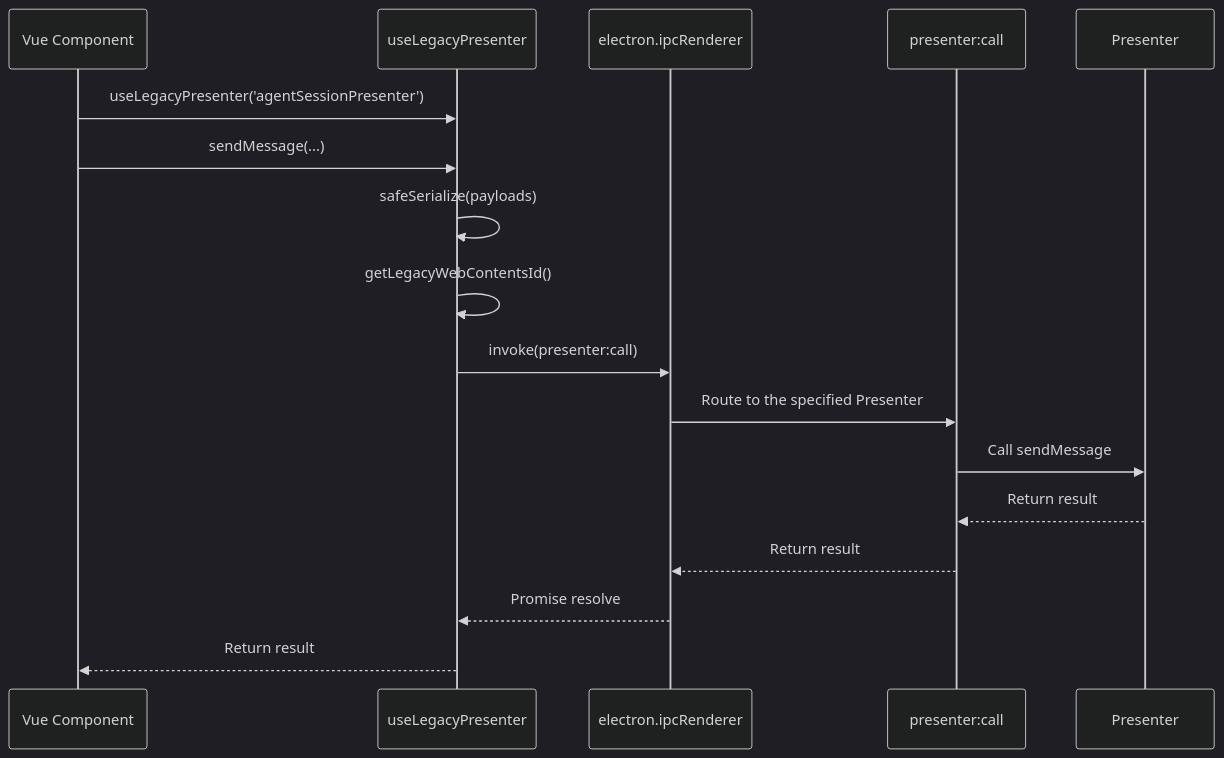
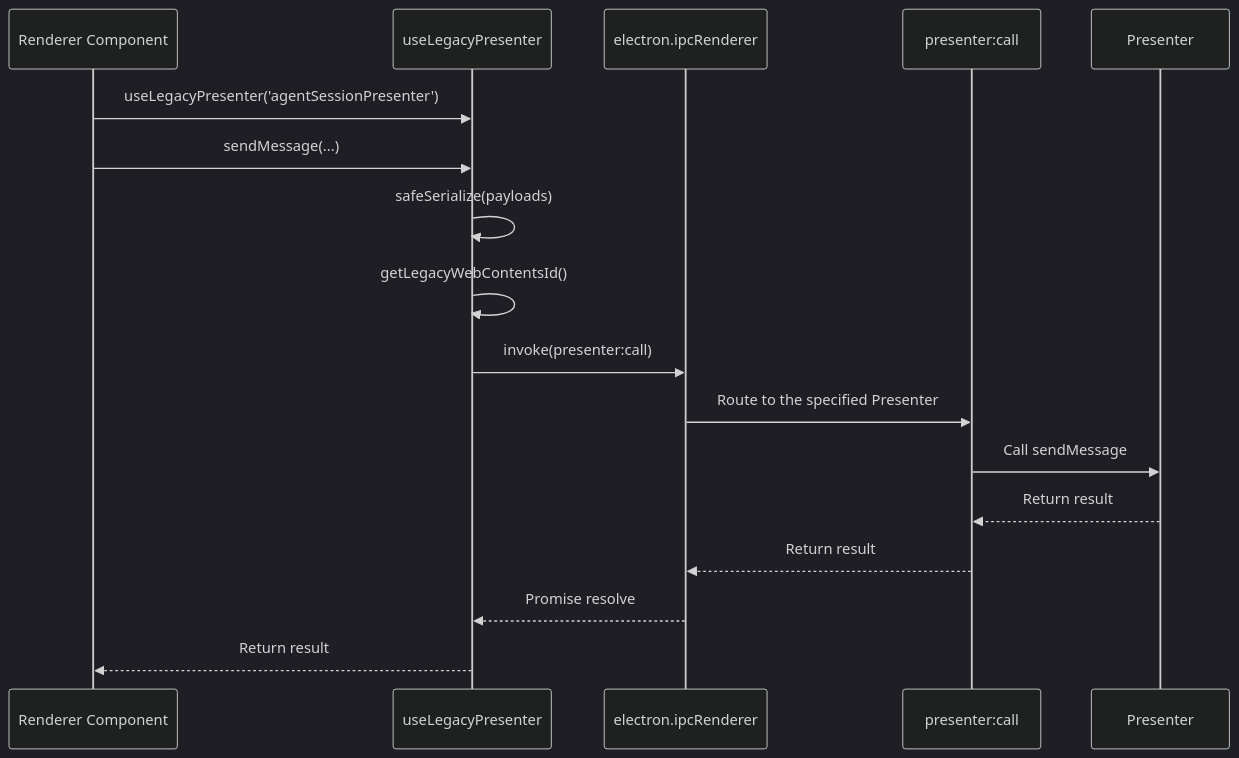
Before and after one commit to dvaJi/argos: the fifth of 5 diagrams in docs/architecture/event-system.md, drawn with Mermaid (dark theme). The commit also changed other lines of this file and 90 other files, not shown here.

````diff
--- a/docs/architecture/event-system.md
+++ b/docs/architecture/event-system.md
@@ -682,20 +682,20 @@
 ```mermaid
 sequenceDiagram
-    participant UI as Vue Component
+    participant UI as Renderer Component
     participant UP as useLegacyPresenter
     participant IPC as electron.ipcRenderer
     participant Router as presenter:call
     participant P as Presenter
 
     UI->>UP: useLegacyPresenter('agentSessionPresenter')
     UI->>UP: sendMessage(...)
     UP->>UP: safeSerialize(payloads)
     UP->>UP: getLegacyWebContentsId()
     UP->>IPC: invoke(presenter:call)
     IPC->>Router: Route to the specified Presenter
     Router->>P: Call sendMessage
     P-->>Router: Return result
     Router-->>IPC: Return result
     IPC-->>UP: Promise resolve
     UP-->>UI: Return result
 ```
````
